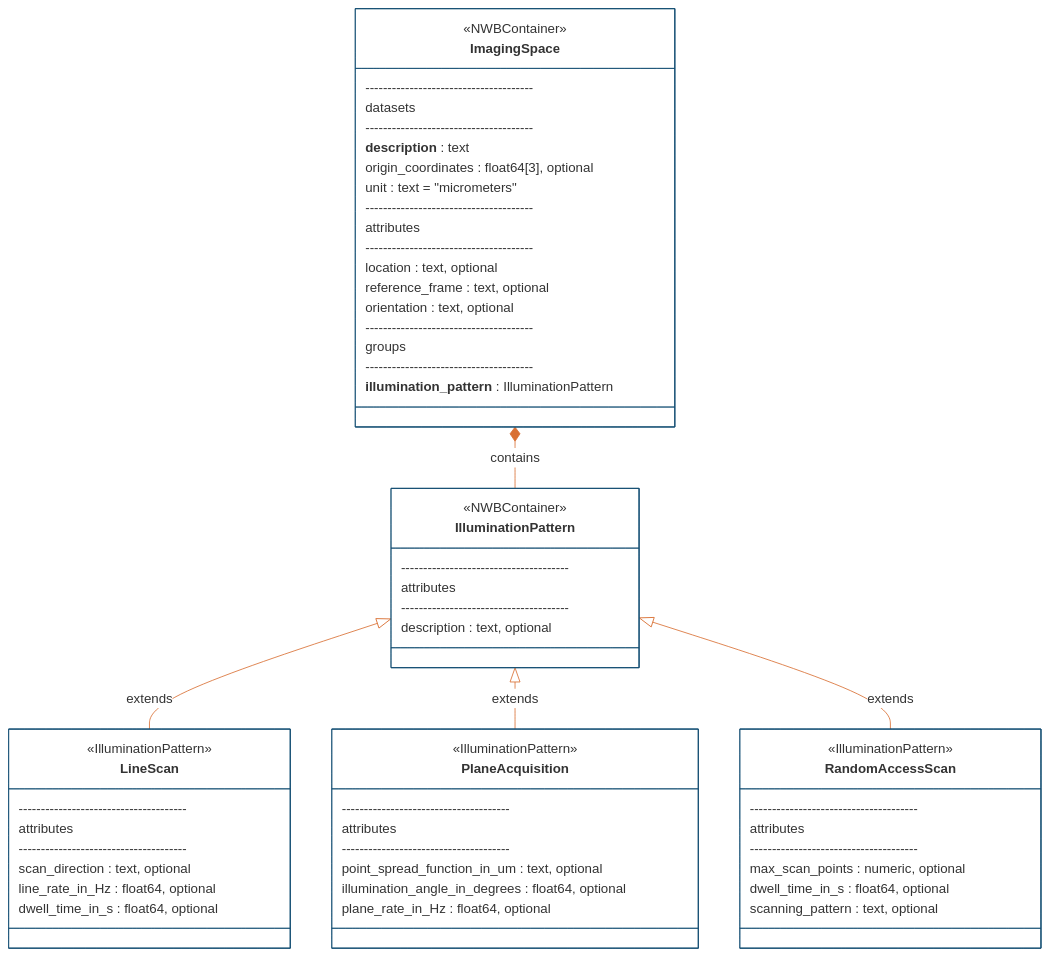
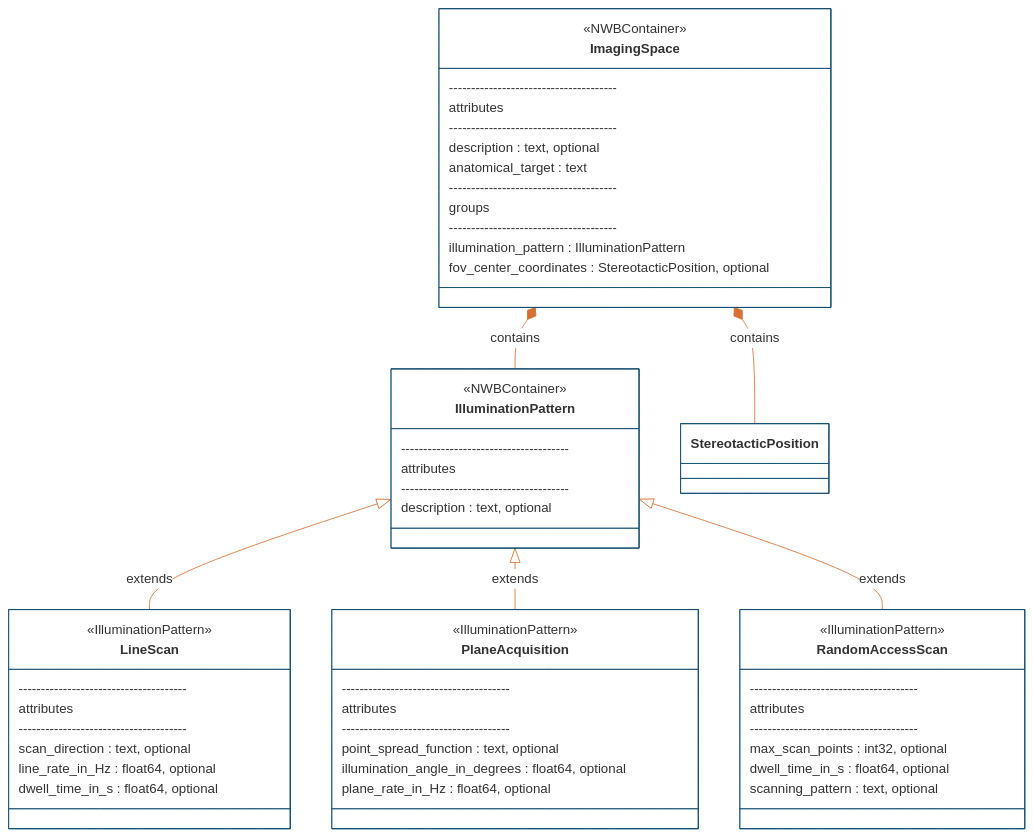
Before and after one commit to catalystneuro/ndx-microscopy: the second of 4 diagrams in README.md, drawn with Mermaid. The commit also changed other lines of this file and 36 other files, not shown here.

````diff
--- a/README.md
+++ b/README.md
@@ -199,69 +200,64 @@
 ```mermaid
 %%{init: {'theme': 'base', 'themeVariables': {'primaryColor': '#ffffff', 'primaryBorderColor': '#144E73', 'lineColor': '#D96F32'}}}%%
 
 classDiagram
     direction TB
 
     class IlluminationPattern {
         <<NWBContainer>>
         --------------------------------------
         attributes
         --------------------------------------
         description : text, optional
     }
 
     class LineScan {
         <<IlluminationPattern>>
         --------------------------------------
         attributes
         --------------------------------------
         scan_direction : text, optional
         line_rate_in_Hz : float64, optional
         dwell_time_in_s : float64, optional
     }
 
     class PlaneAcquisition {
         <<IlluminationPattern>>
         --------------------------------------
         attributes
         --------------------------------------
-        point_spread_function_in_um : text, optional
+        point_spread_function : text, optional
         illumination_angle_in_degrees : float64, optional
         plane_rate_in_Hz : float64, optional
     }
 
     class RandomAccessScan {
         <<IlluminationPattern>>
         --------------------------------------
         attributes
         --------------------------------------
-        max_scan_points : numeric, optional
+        max_scan_points : int32, optional
         dwell_time_in_s : float64, optional
         scanning_pattern : text, optional
     }
 
     class ImagingSpace {
         <<NWBContainer>>
         --------------------------------------
-        datasets
-        --------------------------------------
-        **description** : text
-        origin_coordinates : float64[3], optional
-        unit : text = "micrometers"
-        --------------------------------------
         attributes
         --------------------------------------
-        location : text, optional
-        reference_frame : text, optional
-        orientation : text, optional
+        description : text, optional
+        anatomical_target : text
         --------------------------------------
         groups
         --------------------------------------
-        **illumination_pattern** : IlluminationPattern
+        illumination_pattern : IlluminationPattern
+        fov_center_coordinates : StereotacticPosition, optional
     }
 
     IlluminationPattern <|-- LineScan : extends
     IlluminationPattern <|-- PlaneAcquisition : extends
     IlluminationPattern <|-- RandomAccessScan : extends
     ImagingSpace *-- IlluminationPattern : contains
+    ImagingSpace *-- StereotacticPosition : contains
 ```
````
